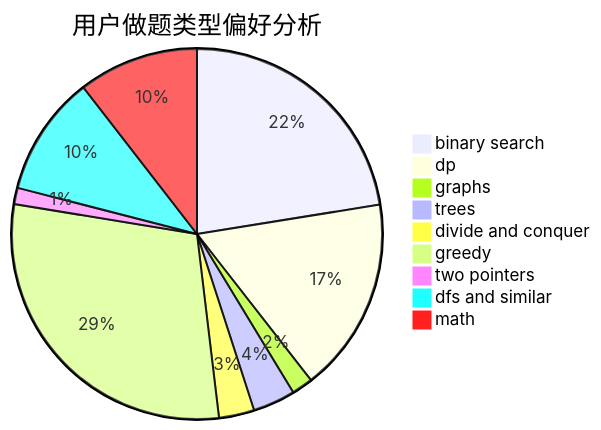
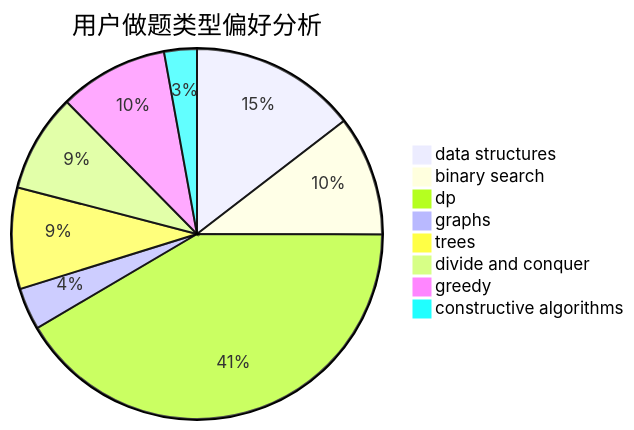
Before and after one commit to sherpahu/cfrs.github.io: the second of 3 diagrams in docs/user/u453.md, drawn with Mermaid. The commit also changed other lines of this file and 2775 other files, not shown here.

````diff
--- a/docs/user/u453.md
+++ b/docs/user/u453.md
@@ -23,12 +23,11 @@
 ```mermaid
 pie title 用户做题类型偏好分析
-    "binary search" :  473
-    "dp" :  358
-    "graphs" :  39
-    "trees" :  78
-    "divide and conquer" :  65
-    "greedy" :  621
-    "two pointers" :  30
-    "dfs and similar" :  221
-    "math" :  221
+    "data structures" :  107
+    "binary search" :  77
+    "dp" :  305
+    "graphs" :  27
+    "trees" :  65
+    "divide and conquer" :  63
+    "greedy" :  70
+    "constructive algorithms" :  21
 ```
````
